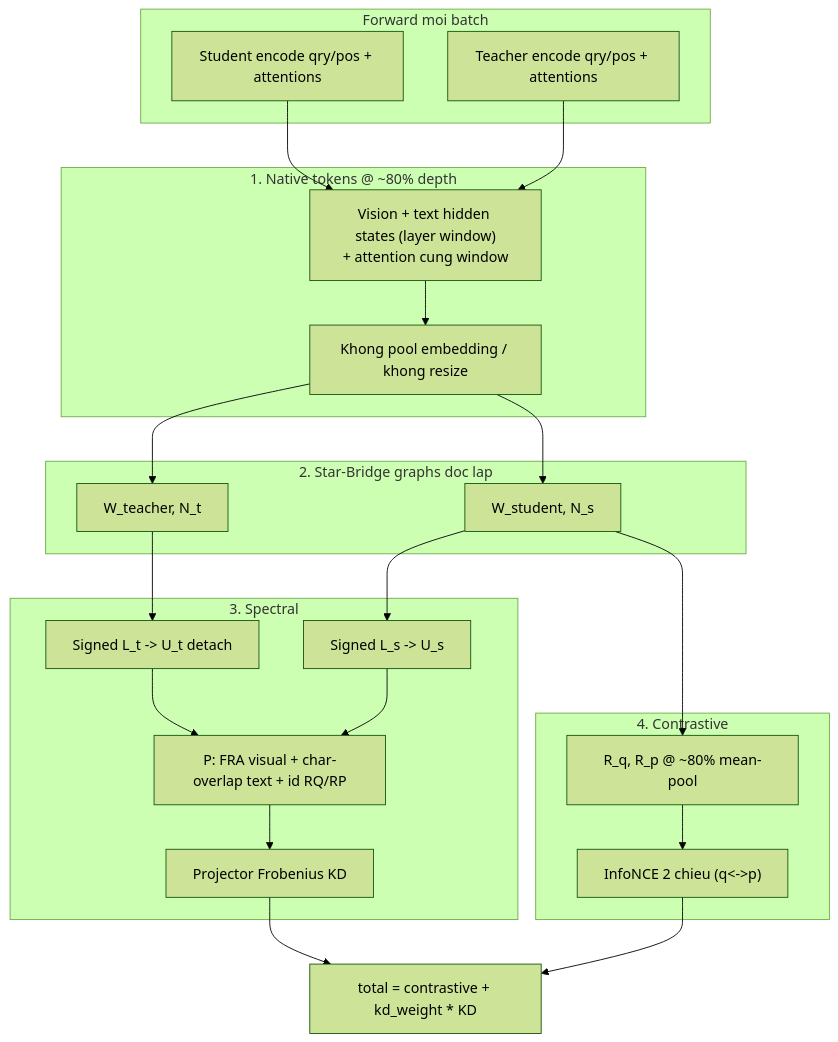
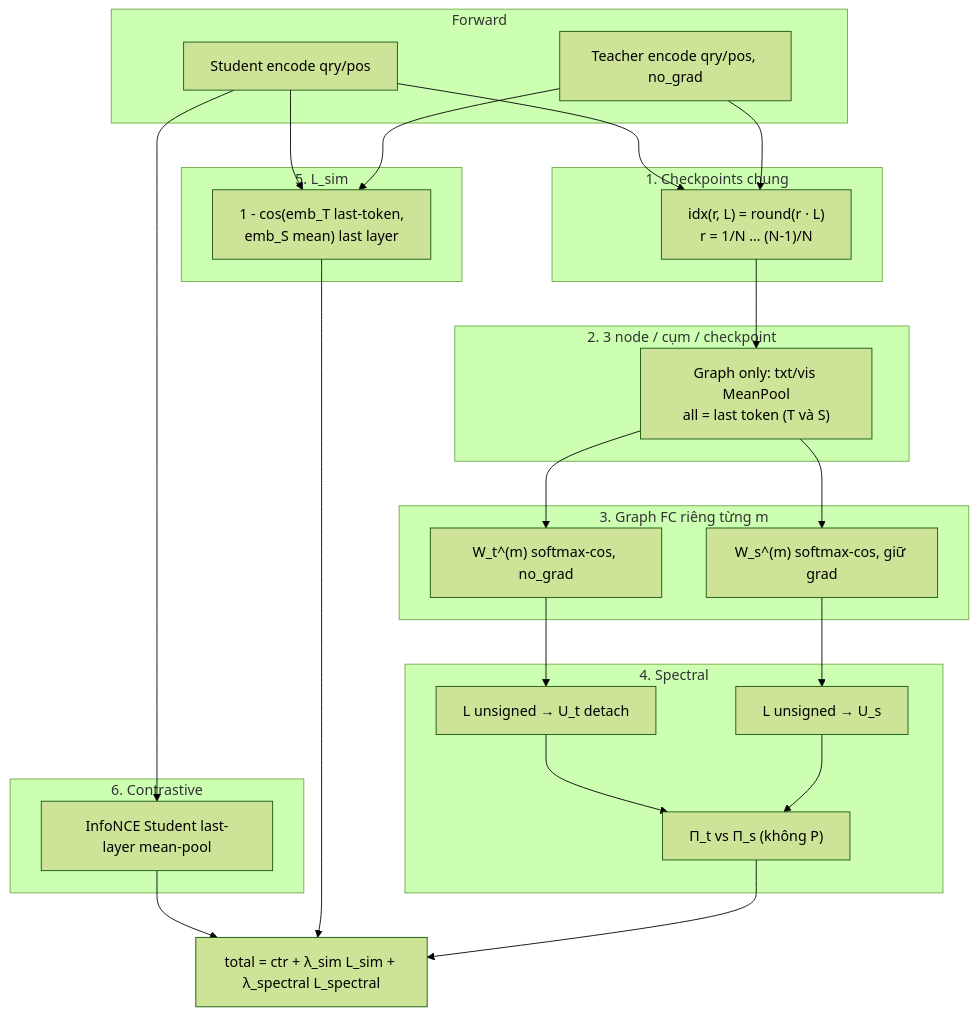
One commit to aiskylimit/nothing changed the diagram in segd_distillation/docs/segd_loss.md. Above: the diagram before and after it, drawn with Mermaid (forest theme). The commit also changed other lines of this file and 10 other files, not shown here.

Commit message:
Refactor SEGD loss implementation to support a 3-node semantic graph and multi-layer spectral distillation. Update training script and documentation to reflect new parameters and loss structure, replacing legacy components. Remove unused variables and streamline argument handling.

````diff
--- a/segd_distillation/docs/segd_loss.md
+++ b/segd_distillation/docs/segd_loss.md
@@ -36,43 +42,48 @@
 ```mermaid
 flowchart TB
-    subgraph sg_forward ["Forward moi batch"]
-        SQ["Student encode qry/pos + attentions"]
-        TQ["Teacher encode qry/pos + attentions"]
+    subgraph sg_fwd ["Forward"]
+        SQ["Student encode qry/pos"]
+        TQ["Teacher encode qry/pos, no_grad"]
     end
 
-    subgraph sg_tokens ["1. Native tokens @ ~80% depth"]
-        NT["Vision + text hidden states (layer window)<br/>+ attention cung window"]
-        ATTN["Khong pool embedding / khong resize"]
+    subgraph sg_cp ["1. Checkpoints chung"]
+        CP["idx(r, L) = round(r · L)<br/>r = 1/N … (N-1)/N"]
     end
 
-    subgraph sg_graph ["2. Star-Bridge graphs doc lap"]
-        GT["W_teacher, N_t"]
-        GS["W_student, N_s"]
+    subgraph sg_nodes ["2. 3 node / cụm / checkpoint"]
+        ND["Graph only: txt/vis MeanPool<br/>all = last token (T và S)"]
     end
 
-    subgraph sg_spec ["3. Spectral"]
-        LT["Signed L_t -> U_t detach"]
-        LS["Signed L_s -> U_s"]
-        P["P: FRA visual + char-overlap text + id RQ/RP"]
-        KD["Projector Frobenius KD"]
+    subgraph sg_graph ["3. Graph FC riêng từng m"]
+        GT["W_t^(m) softmax-cos, no_grad"]
+        GS["W_s^(m) softmax-cos, giữ grad"]
     end
 
-    subgraph sg_ctr ["4. Contrastive"]
-        RQ["R_q, R_p @ ~80% mean-pool"]
-        CE["InfoNCE 2 chieu (q<->p)"]
+    subgraph sg_spec ["4. Spectral"]
+        LT["L unsigned → U_t detach"]
+        LS["L unsigned → U_s"]
+        KD["Π_t vs Π_s  (không P)"]
     end
 
-    TOTAL["total = contrastive + kd_weight * KD"]
+    subgraph sg_sim ["5. L_sim"]
+        SIM["1 - cos(emb_T last-token,<br/>emb_S mean) last layer"]
+    end
 
-    SQ --> NT
-    TQ --> NT
-    NT --> ATTN --> GT
-    ATTN --> GS
-    GT --> LT
-    GS --> LS
-    LT --> P
-    LS --> P --> KD
-    GS --> RQ --> CE
+    subgraph sg_ctr ["6. Contrastive"]
+        CE["InfoNCE Student last-layer mean-pool"]
+    end
+
+    TOTAL["total = ctr + λ_sim L_sim + λ_spectral L_spectral"]
+
+    SQ --> CP
+    TQ --> CP
+    CP --> ND
+    ND --> GT --> LT --> KD
+    ND --> GS --> LS --> KD
+    SQ --> SIM
+    TQ --> SIM
+    SQ --> CE
     CE --> TOTAL
+    SIM --> TOTAL
     KD --> TOTAL
 ```
````
